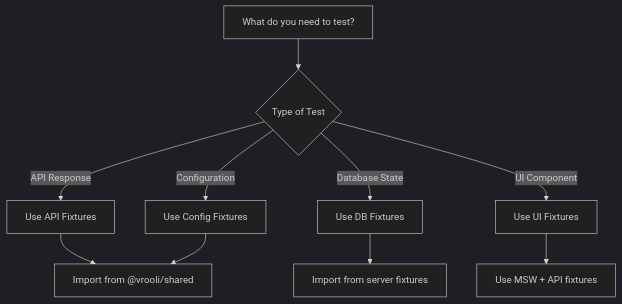
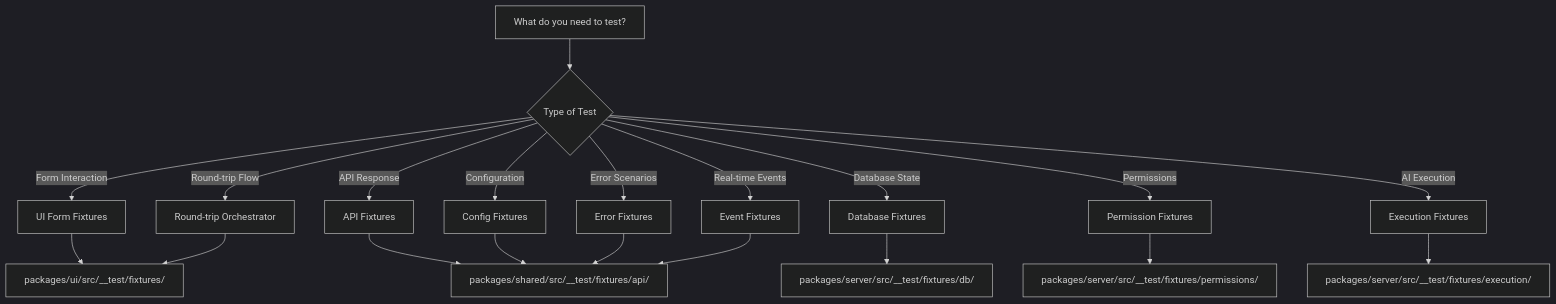
One commit to Vrooli/Vrooli changed the second of 2 diagrams in docs/testing/fixtures-overview.md. Above: the diagram before and after it, drawn with Mermaid (dark theme). The commit also changed other lines of this file and 66 other files, not shown here.

Commit message:
test fixtures p6

````diff
--- a/docs/testing/fixtures-overview.md
+++ b/docs/testing/fixtures-overview.md
@@ -17,13 +50,23 @@
 ```mermaid
 graph TD
     A[What do you need to test?] --> B{Type of Test}
-    B -->|API Response| C[Use API Fixtures]
-    B -->|Configuration| D[Use Config Fixtures]
-    B -->|Database State| E[Use DB Fixtures]
-    B -->|UI Component| F[Use UI Fixtures]
+    B -->|Form Interaction| UI[UI Form Fixtures]
+    B -->|API Response| C[API Fixtures]
+    B -->|Configuration| D[Config Fixtures]
+    B -->|Database State| E[Database Fixtures]
+    B -->|Error Scenarios| F[Error Fixtures]
+    B -->|Real-time Events| G[Event Fixtures]
+    B -->|Permissions| H[Permission Fixtures]
+    B -->|AI Execution| I[Execution Fixtures]
+    B -->|Round-trip Flow| J[Round-trip Orchestrator]
     
-    C --> G[Import from @vrooli/shared]
-    D --> G
-    E --> H[Import from server fixtures]
-    F --> I[Use MSW + API fixtures]
+    UI --> UI2[packages/ui/src/__test/fixtures/]
+    C --> API2[packages/shared/src/__test/fixtures/api/]
+    D --> API2
+    E --> DB2[packages/server/src/__test/fixtures/db/]
+    F --> API2
+    G --> API2
+    H --> PERM[packages/server/src/__test/fixtures/permissions/]
+    I --> EXEC[packages/server/src/__test/fixtures/execution/]
+    J --> UI2
 ```
````
